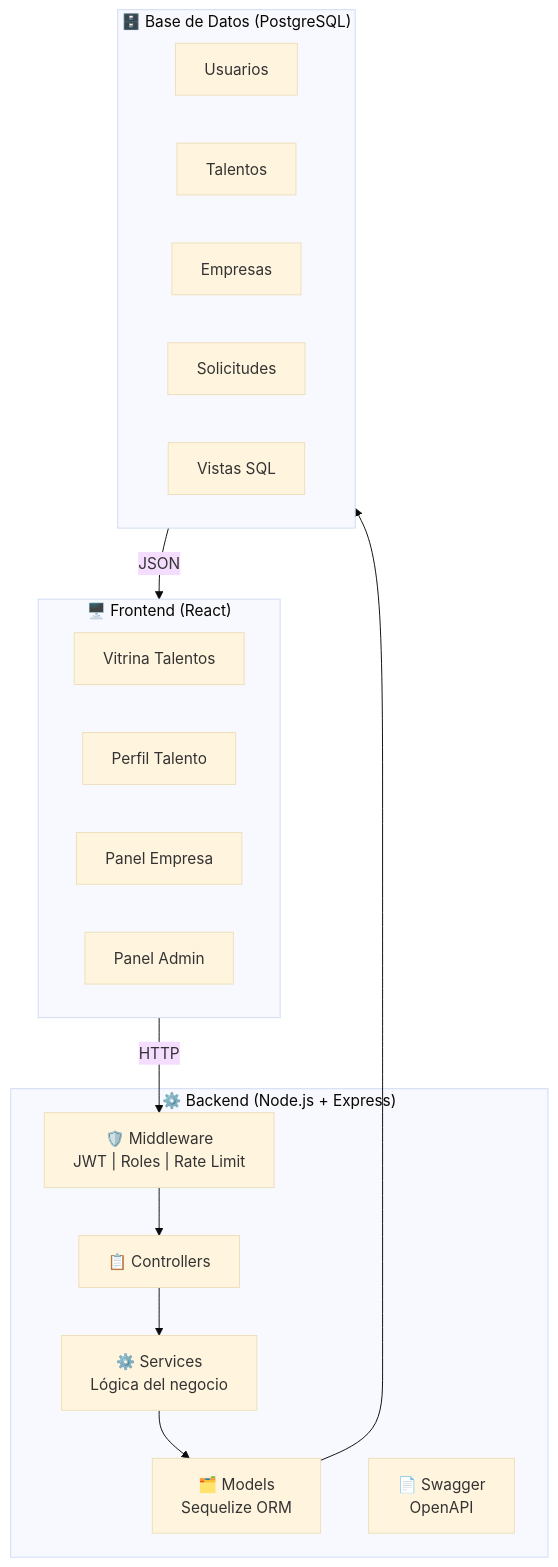
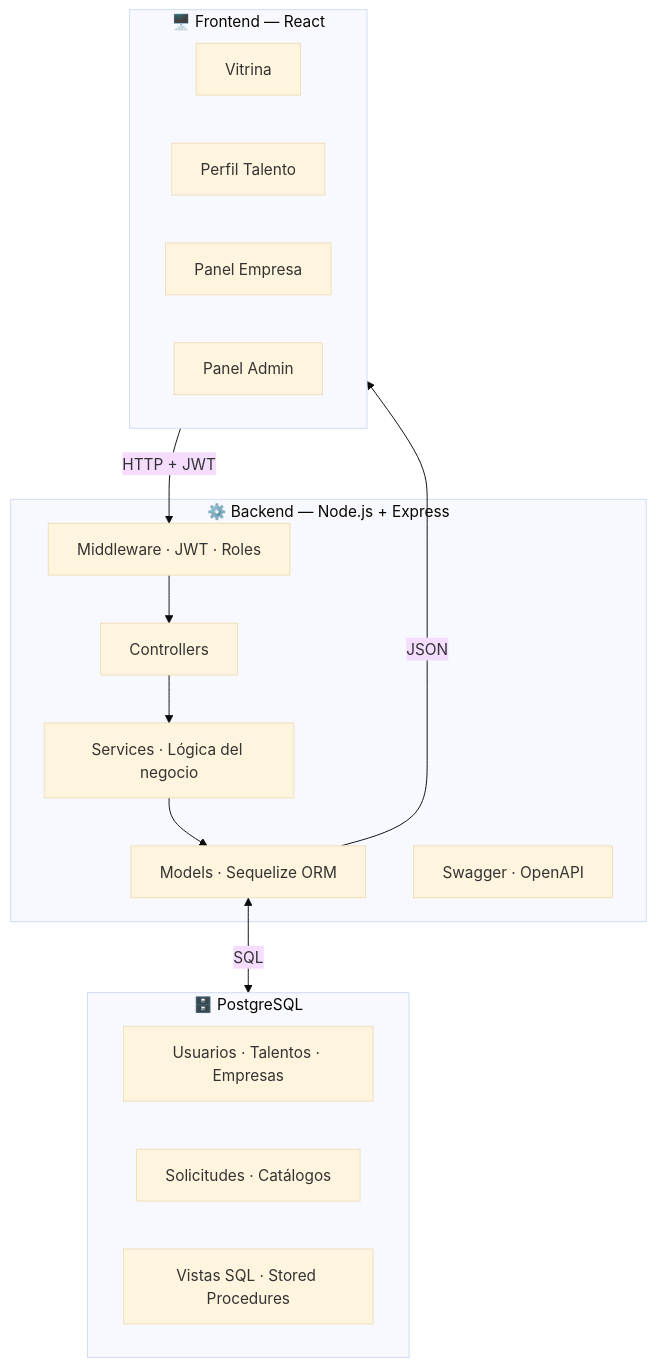
Before and after one commit to Vicentezapata/proviemplea-greudy: the fourth of 7 diagrams in backend/README.md, drawn with Mermaid (base theme). The commit also changed other lines of this file, not shown here.

````diff
--- a/backend/README.md
+++ b/backend/README.md
@@ -270,32 +460,28 @@
 ```mermaid
 graph TB
-    subgraph FE["🖥️ Frontend (React)"]
-        F1[Vitrina Talentos]
+    subgraph FE["🖥️ Frontend — React"]
+        F1[Vitrina] 
         F2[Perfil Talento]
         F3[Panel Empresa]
         F4[Panel Admin]
     end
 
-    subgraph BE["⚙️ Backend (Node.js + Express)"]
-        B1["🛡️ Middleware\nJWT | Roles | Rate Limit"]
-        B2["📋 Controllers"]
-        B3["⚙️ Services\nLógica del negocio"]
-        B4["🗂️ Models\nSequelize ORM"]
-        B5["📄 Swagger\nOpenAPI"]
+    subgraph BE["⚙️ Backend — Node.js + Express"]
+        B1[Middleware · JWT · Roles]
+        B2[Controllers]
+        B3[Services · Lógica del negocio]
+        B4[Models · Sequelize ORM]
+        B5[Swagger · OpenAPI]
     end
 
-    subgraph DB["🗄️ Base de Datos (PostgreSQL)"]
-        D1[Usuarios]
-        D2[Talentos]
-        D3[Empresas]
-        D4[Solicitudes]
-        D5[Vistas SQL]
+    subgraph DB["🗄️ PostgreSQL"]
+        D1[Usuarios · Talentos · Empresas]
+        D2[Solicitudes · Catálogos]
+        D3[Vistas SQL · Stored Procedures]
     end
 
-    FE -->|HTTP| B1
-    B1 --> B2
-    B2 --> B3
-    B3 --> B4
-    B4 --> DB
-    DB -->|JSON| FE
+    FE -->|HTTP + JWT| B1
+    B1 --> B2 --> B3 --> B4
+    B4 <-->|SQL| DB
+    B4 -->|JSON| FE
 ```
````
